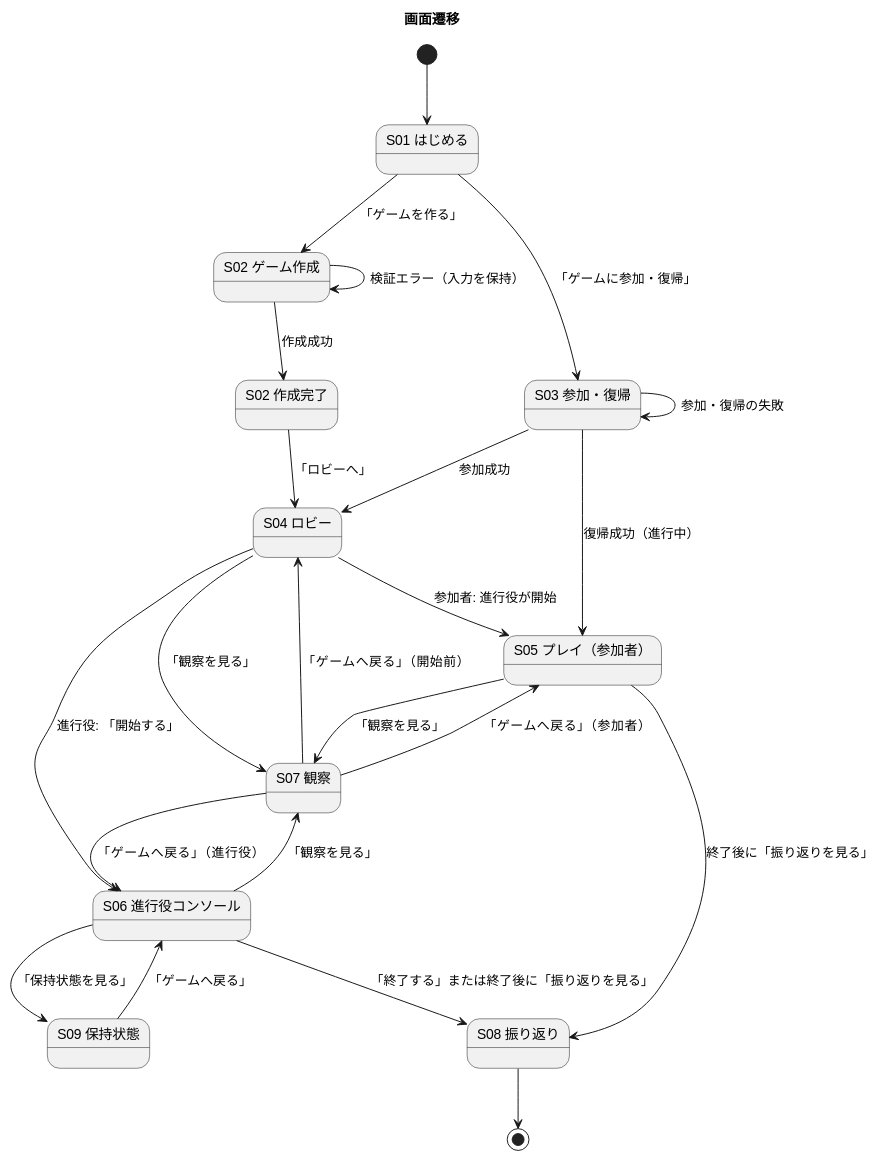
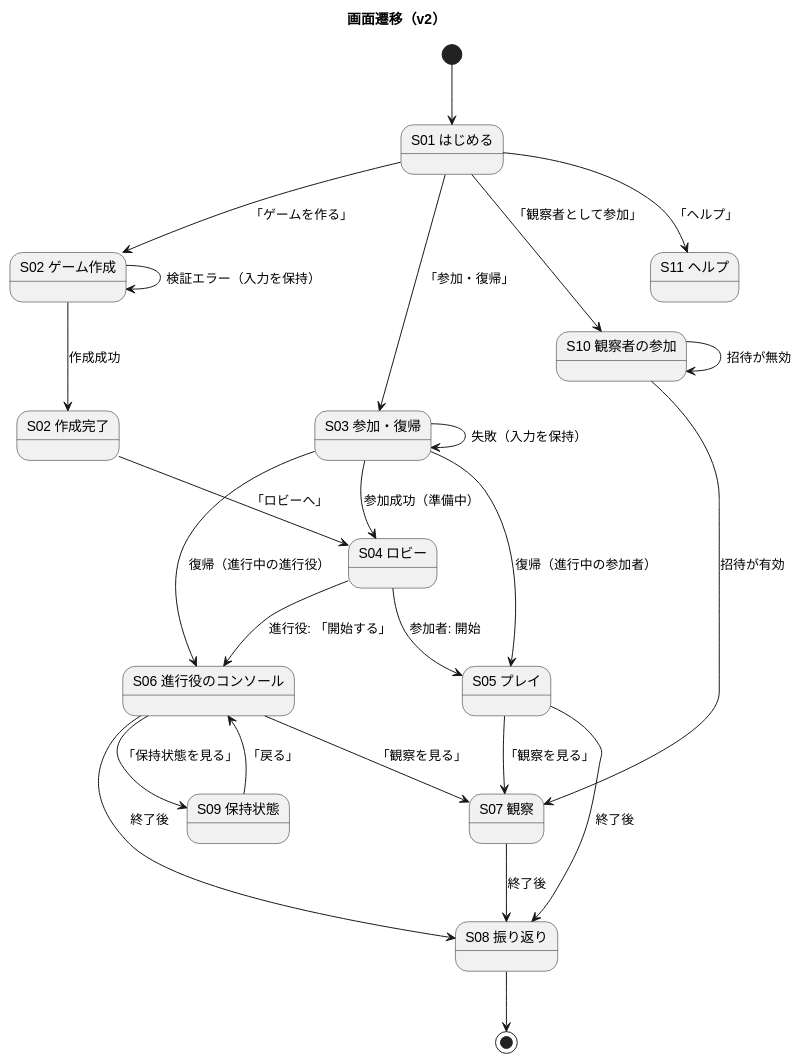
One commit to k2works/case-study-beer-game-simulation changed the first of 9 diagrams in docs/design/beer-game2/ui-design.md. Above: the diagram before and after it, drawn with PlantUML. The commit also changed other lines of this file and 5 other files, not shown here.

````diff
--- a/docs/design/beer-game2/ui-design.md
+++ b/docs/design/beer-game2/ui-design.md
@@ -61,39 +72,43 @@
 ```plantuml
 @startuml
-title 画面遷移
+title 画面遷移（v2）
 
 state "S01 はじめる" as Welcome
 state "S02 ゲーム作成" as Create
 state "S02 作成完了" as Created
 state "S03 参加・復帰" as Join
+state "S10 観察者の参加" as ObserverJoin
 state "S04 ロビー" as Lobby
-state "S05 プレイ（参加者）" as Play
-state "S06 進行役コンソール" as Console
+state "S05 プレイ" as Play
+state "S06 進行役のコンソール" as Console
 state "S07 観察" as Observation
 state "S08 振り返り" as Review
 state "S09 保持状態" as Retention
+state "S11 ヘルプ" as Help
 
 [*] --> Welcome
 Welcome --> Create : 「ゲームを作る」
-Welcome --> Join : 「ゲームに参加・復帰」
+Welcome --> Join : 「参加・復帰」
+Welcome --> ObserverJoin : 「観察者として参加」
+Welcome --> Help : 「ヘルプ」
 Create --> Create : 検証エラー（入力を保持）
 Create --> Created : 作成成功
 Created --> Lobby : 「ロビーへ」
-Join --> Join : 参加・復帰の失敗
-Join --> Lobby : 参加成功
-Join --> Play : 復帰成功（進行中）
-Lobby --> Play : 参加者: 進行役が開始
+Join --> Join : 失敗（入力を保持）
+Join --> Lobby : 参加成功（準備中）
+Join --> Play : 復帰（進行中の参加者）
+Join --> Console : 復帰（進行中の進行役）
+ObserverJoin --> ObserverJoin : 招待が無効
+ObserverJoin --> Observation : 招待が有効
+Lobby --> Play : 参加者: 開始
 Lobby --> Console : 進行役: 「開始する」
-Play --> Review : 終了後に「振り返りを見る」
-Console --> Review : 「終了する」または終了後に「振り返りを見る」
-Lobby --> Observation : 「観察を見る」
 Play --> Observation : 「観察を見る」
 Console --> Observation : 「観察を見る」
-Observation --> Lobby : 「ゲームへ戻る」（開始前）
-Observation --> Play : 「ゲームへ戻る」（参加者）
-Observation --> Console : 「ゲームへ戻る」（進行役）
 Console --> Retention : 「保持状態を見る」
-Retention --> Console : 「ゲームへ戻る」
+Play --> Review : 終了後
+Console --> Review : 終了後
+Observation --> Review : 終了後
+Retention --> Console : 「戻る」
 Review --> [*]
 @enduml
 ```
````
